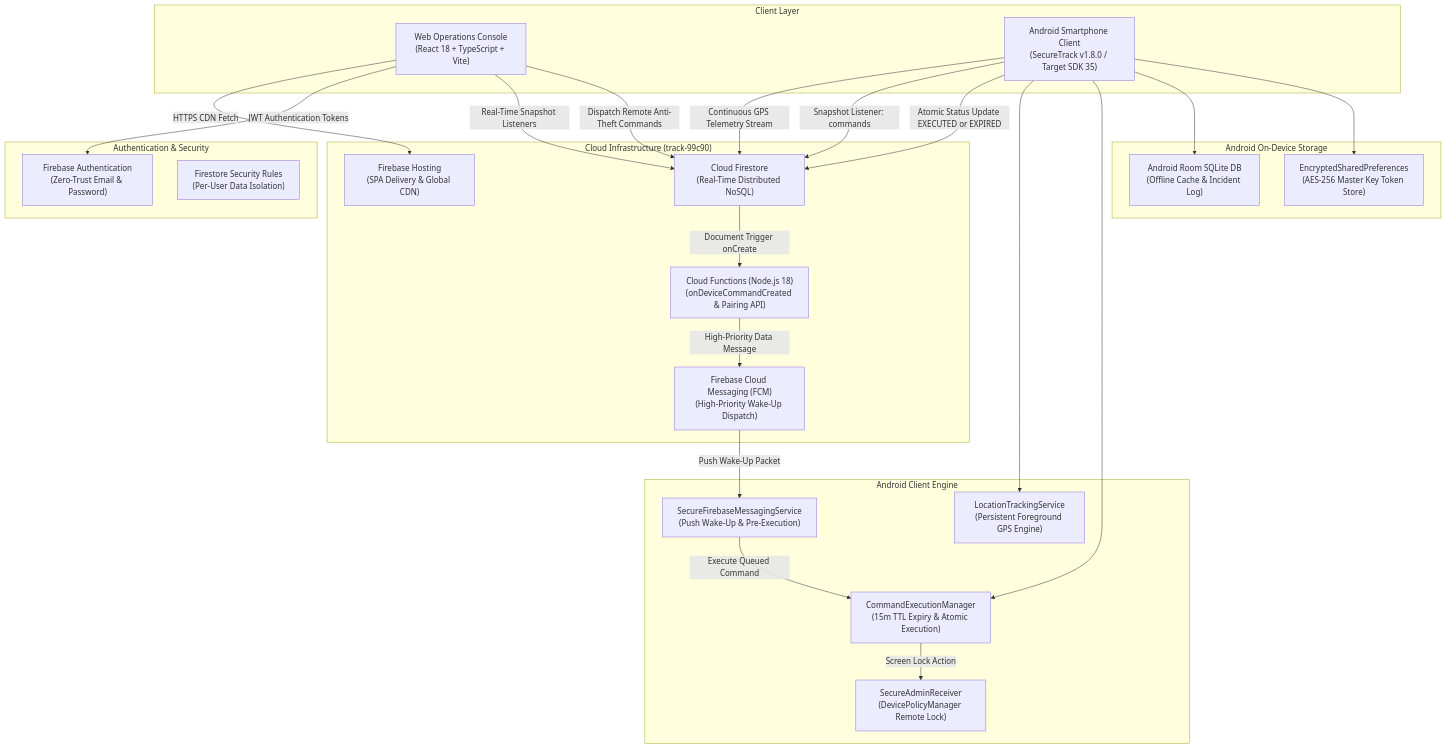
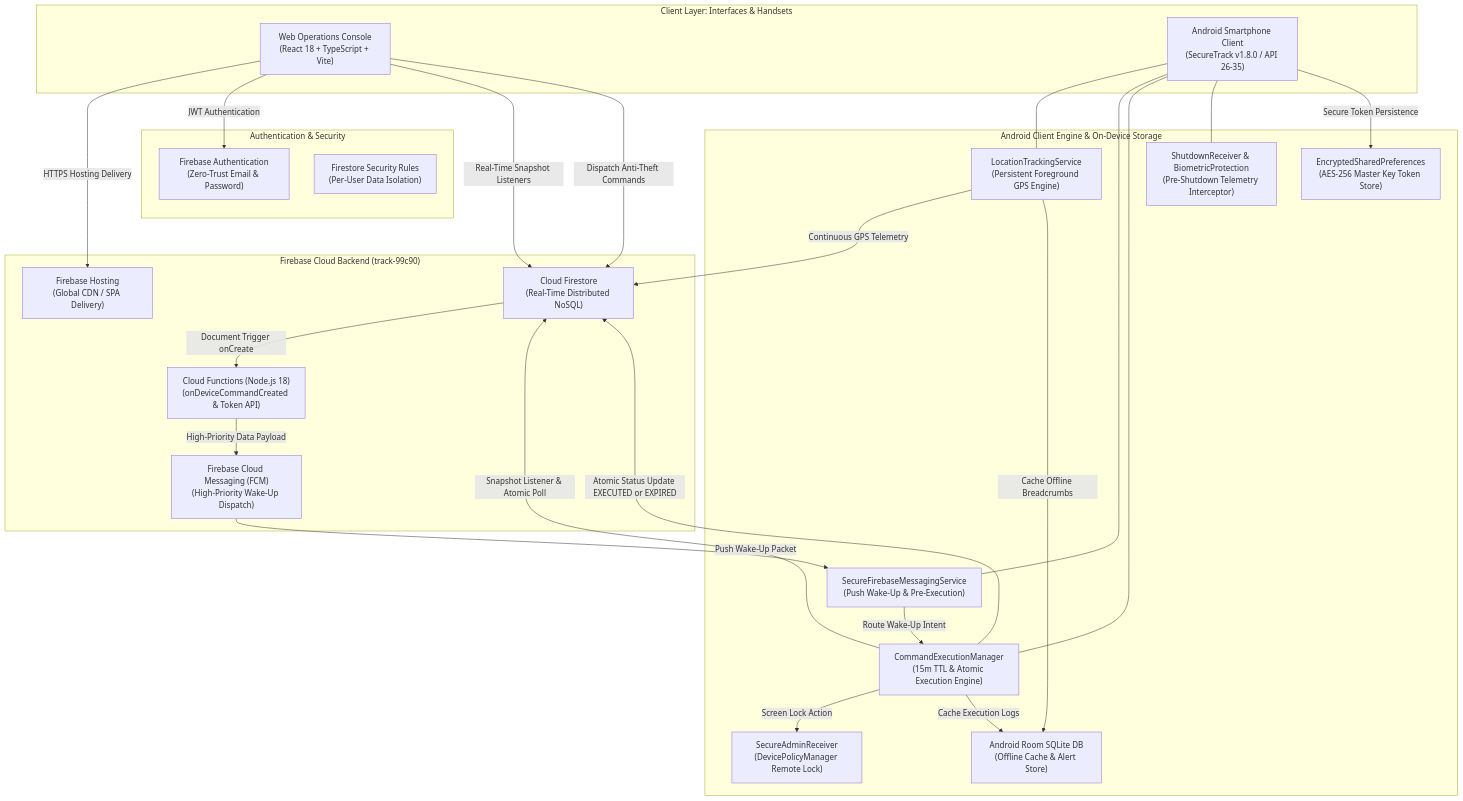
Before and after one commit to dhanushs602848/SecureTrack: the diagram in docs/diagrams/system_architecture.mmd, drawn with Mermaid. The commit also changed 2 other files, not shown here.

Commit message:
docs: modernize and standardize system architecture flowchart across documentation

```diff
--- a/docs/diagrams/system_architecture.mmd
+++ b/docs/diagrams/system_architecture.mmd
@@ -1,49 +1,54 @@
-graph TD
-    subgraph ClientLayer ["Client Layer"]
+flowchart TD
+    subgraph ClientLayer ["Client Layer: Interfaces & Handsets"]
         Browser["Web Operations Console<br/>(React 18 + TypeScript + Vite)"]
-        Phone["Android Smartphone Client<br/>(SecureTrack v1.8.0 / Target SDK 35)"]
+        Phone["Android Smartphone Client<br/>(SecureTrack v1.8.0 / API 26-35)"]
     end
 
     subgraph SecurityAuth ["Authentication & Security"]
         Auth["Firebase Authentication<br/>(Zero-Trust Email & Password)"]
         SecurityRules["Firestore Security Rules<br/>(Per-User Data Isolation)"]
     end
 
-    subgraph CloudLayer ["Cloud Infrastructure (track-99c90)"]
-        Hosting["Firebase Hosting<br/>(SPA Delivery & Global CDN)"]
+    subgraph CloudLayer ["Firebase Cloud Backend (track-99c90)"]
+        Hosting["Firebase Hosting<br/>(Global CDN / SPA Delivery)"]
         Firestore["Cloud Firestore<br/>(Real-Time Distributed NoSQL)"]
-        Functions["Cloud Functions (Node.js 18)<br/>(onDeviceCommandCreated & Pairing API)"]
+        CloudFunctions["Cloud Functions (Node.js 18)<br/>(onDeviceCommandCreated & Token API)"]
         FCM["Firebase Cloud Messaging (FCM)<br/>(High-Priority Wake-Up Dispatch)"]
     end
 
-    subgraph LocalPersistence ["Android On-Device Storage"]
-        RoomDB["Android Room SQLite DB<br/>(Offline Cache & Incident Log)"]
+    subgraph AndroidInternal ["Android Client Engine & On-Device Storage"]
+        ForegroundService["LocationTrackingService<br/>(Persistent Foreground GPS Engine)"]
+        FCMService["SecureFirebaseMessagingService<br/>(Push Wake-Up & Pre-Execution)"]
+        CommandManager["CommandExecutionManager<br/>(15m TTL & Atomic Execution Engine)"]
+        AdminReceiver["SecureAdminReceiver<br/>(DevicePolicyManager Remote Lock)"]
+        ShutdownReceiver["ShutdownReceiver & BiometricProtection<br/>(Pre-Shutdown Telemetry Interceptor)"]
+        RoomDB["Android Room SQLite DB<br/>(Offline Cache & Alert Store)"]
         EncryptedPrefs["EncryptedSharedPreferences<br/>(AES-256 Master Key Token Store)"]
     end
 
-    subgraph AndroidInternal ["Android Client Engine"]
-        ForegroundService["LocationTrackingService<br/>(Persistent Foreground GPS Engine)"]
-        FCMService["SecureFirebaseMessagingService<br/>(Push Wake-Up & Pre-Execution)"]
-        CommandManager["CommandExecutionManager<br/>(15m TTL Expiry & Atomic Execution)"]
-        AdminReceiver["SecureAdminReceiver<br/>(DevicePolicyManager Remote Lock)"]
-    end
+    %% Web Console Connections
+    Browser -->|HTTPS Hosting Delivery| Hosting
+    Browser -->|JWT Authentication| Auth
+    Browser -->|Real-Time Snapshot Listeners| Firestore
+    Browser -->|Dispatch Anti-Theft Commands| Firestore
 
-    Browser -->|HTTPS CDN Fetch| Hosting
-    Browser -->|JWT Authentication Tokens| Auth
-    Browser -->|Real-Time Snapshot Listeners| Firestore
-    Browser -->|Dispatch Remote Anti-Theft Commands| Firestore
+    %% Cloud Serverless Trigger Pipeline
+    Firestore -->|Document Trigger onCreate| CloudFunctions
+    CloudFunctions -->|High-Priority Data Payload| FCM
+    FCM -->|Push Wake-Up Packet| FCMService
 
-    Firestore -->|Document Trigger onCreate| Functions
-    Functions -->|High-Priority Data Message| FCM
-    FCM -->|Push Wake-Up Packet| FCMService
-    FCMService -->|Execute Queued Command| CommandManager
+    %% Android Internal Processing & Telemetry
+    FCMService -->|Route Wake-Up Intent| CommandManager
+    ForegroundService -->|Continuous GPS Telemetry| Firestore
+    CommandManager -->|Snapshot Listener & Atomic Poll| Firestore
+    CommandManager -->|Atomic Status Update EXECUTED or EXPIRED| Firestore
+    CommandManager -->|Screen Lock Action| AdminReceiver
 
-    Phone -->|Continuous GPS Telemetry Stream| Firestore
-    Phone -->|Snapshot Listener: commands| Firestore
-    Phone -->|Atomic Status Update EXECUTED or EXPIRED| Firestore
-
-    Phone --> ForegroundService
-    Phone --> CommandManager
-    CommandManager -->|Screen Lock Action| AdminReceiver
-    Phone --> RoomDB
-    Phone --> EncryptedPrefs
+    %% Android Device & Local Persistence
+    Phone --- ForegroundService
+    Phone --- FCMService
+    Phone --- CommandManager
+    Phone --- ShutdownReceiver
+    ForegroundService -->|Cache Offline Breadcrumbs| RoomDB
+    CommandManager -->|Cache Execution Logs| RoomDB
+    Phone -->|Secure Token Persistence| EncryptedPrefs
```
